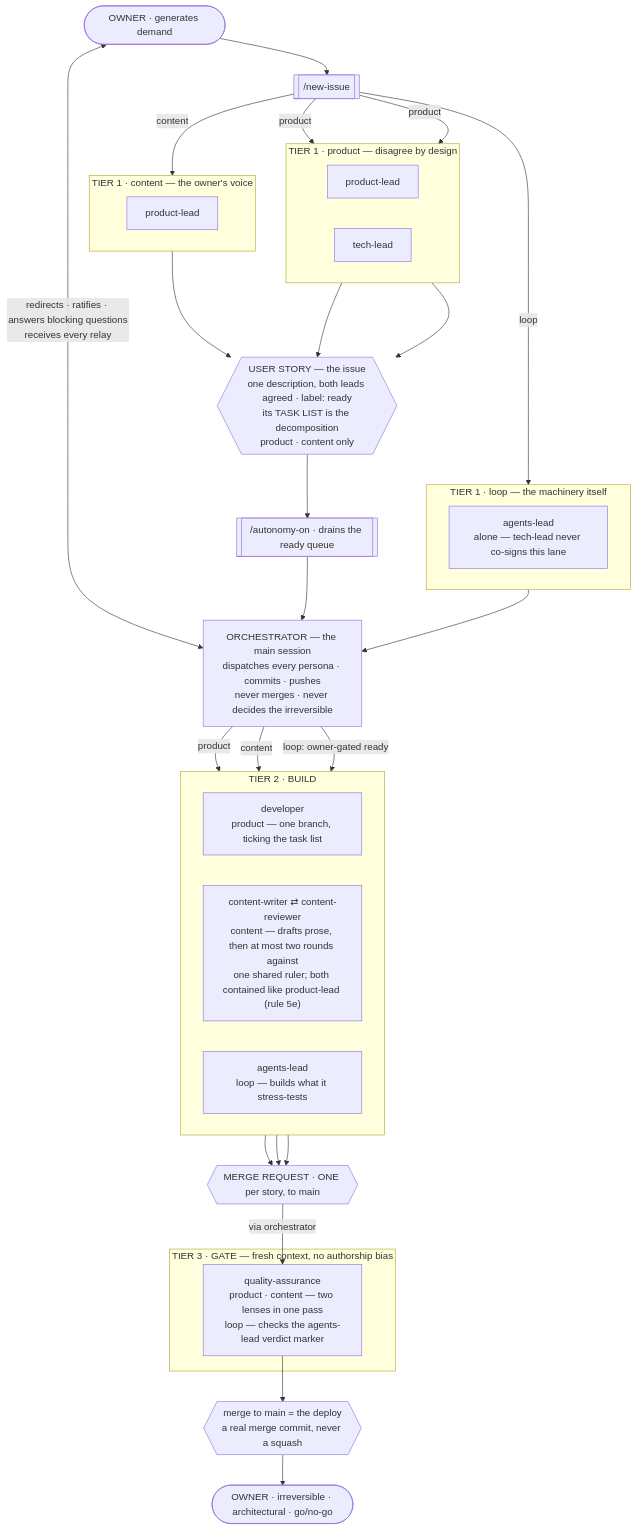
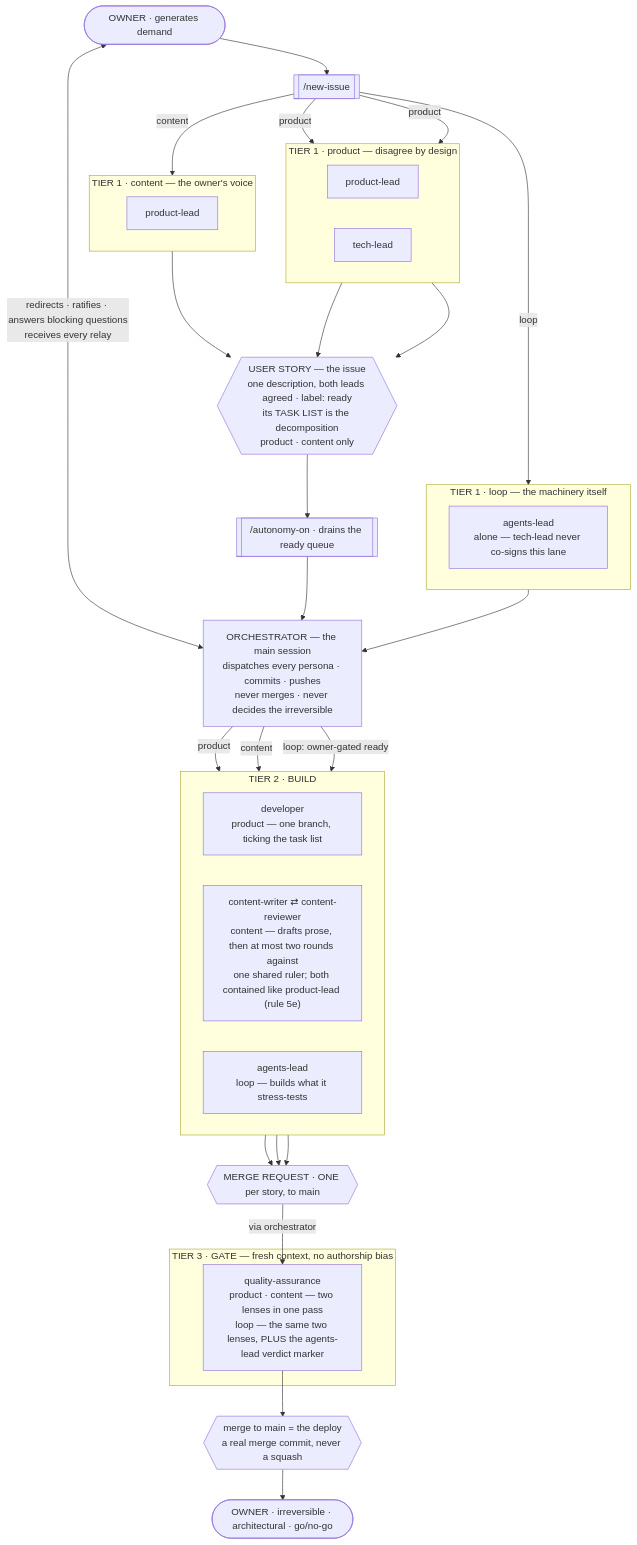
The first of 5 diagrams in README.md (tedeuxx/tadeumendonca-skills), drawn with Mermaid before and after one commit. The commit also changed other lines of this file and 2 other files, not shown here.

````diff
--- a/README.md
+++ b/README.md
@@ -147,69 +147,69 @@
 ```mermaid
 flowchart TB
   O(["OWNER · generates demand"])
   NI[["/new-issue"]]
 
   subgraph T1P["TIER 1 · product — disagree by design"]
     direction LR
     PL["product-lead"]
     TL["tech-lead"]
   end
 
   subgraph T1C["TIER 1 · content — the owner's voice"]
     direction LR
     PLC["product-lead"]
   end
 
   subgraph T1L["TIER 1 · loop — the machinery itself"]
     direction LR
     HR["agents-lead<br/>alone — tech-lead never co-signs this lane"]
   end
 
   US{{"USER STORY — the issue<br/>one description, both leads agreed · label: ready<br/>its TASK LIST is the decomposition<br/>product · content only"}}
   AO[["/autonomy-on · drains the ready queue"]]
 
   ORCH["ORCHESTRATOR — the main session<br/>dispatches every persona · commits · pushes<br/>never merges · never decides the irreversible"]
 
   subgraph T2["TIER 2 · BUILD"]
     direction LR
     DEV["developer<br/>product — one branch, ticking the task list"]
     WRT["content-writer ⇄ content-reviewer<br/>content — drafts prose, then at most two rounds against<br/>one shared ruler; both contained like product-lead (rule 5e)"]
     HRB["agents-lead<br/>loop — builds what it stress-tests"]
   end
 
   MR{{"MERGE REQUEST · ONE per story, to main"}}
 
   subgraph T3["TIER 3 · GATE — fresh context, no authorship bias"]
-    QA["quality-assurance<br/>product · content — two lenses in one pass<br/>loop — checks the agents-lead verdict marker"]
+    QA["quality-assurance<br/>product · content — two lenses in one pass<br/>loop — the same two lenses, PLUS the agents-lead verdict marker"]
   end
 
   M{{"merge to main = the deploy<br/>a real merge commit, never a squash"}}
   OUT(["OWNER · irreversible · architectural · go/no-go"])
 
   O --> NI
   O <-->|"redirects · ratifies · answers blocking questions<br/>receives every relay"| ORCH
 
   NI -->|product| PL
   NI -->|product| TL
   NI -->|content| PLC
   NI -->|loop| HR
 
   PL --> US
   TL --> US
   PLC --> US
   US --> AO
   AO --> ORCH
 
   HR --> ORCH
 
   ORCH -->|"product"| DEV
   ORCH -->|"content"| WRT
   ORCH -->|"loop: owner-gated ready"| HRB
 
   DEV --> MR
   WRT --> MR
   HRB --> MR
   MR -->|"via orchestrator"| QA
   QA --> M
   M --> OUT
 ```
````
